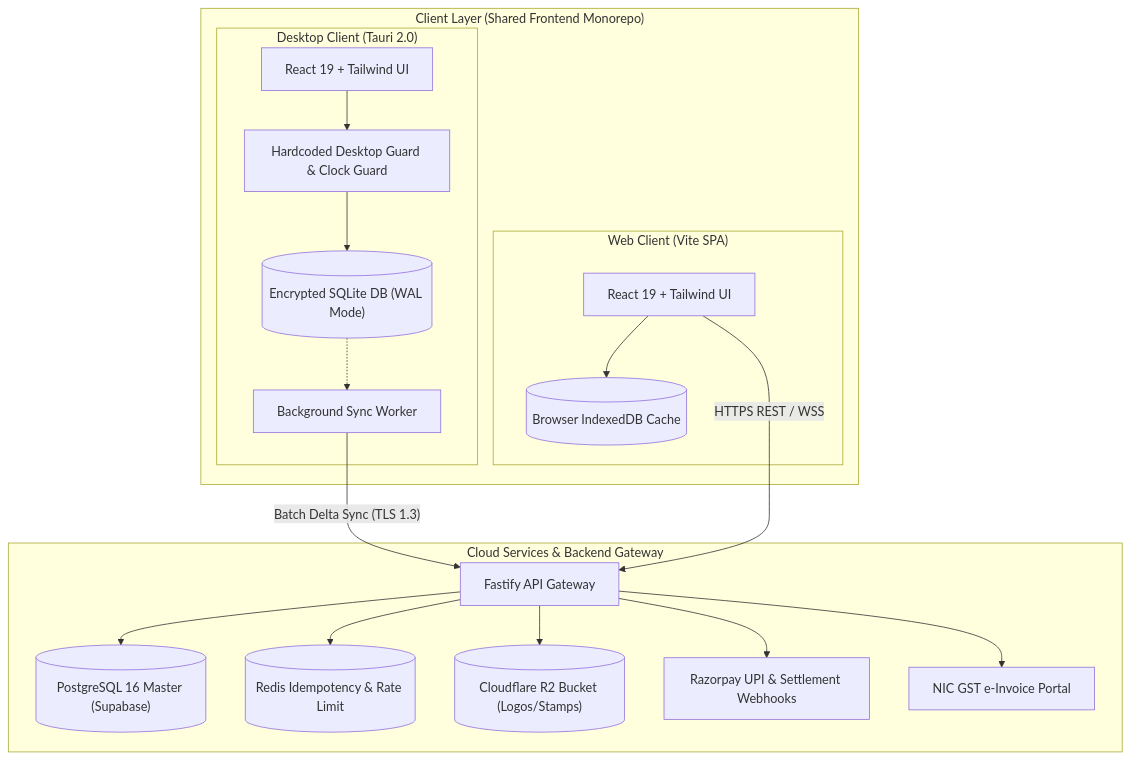
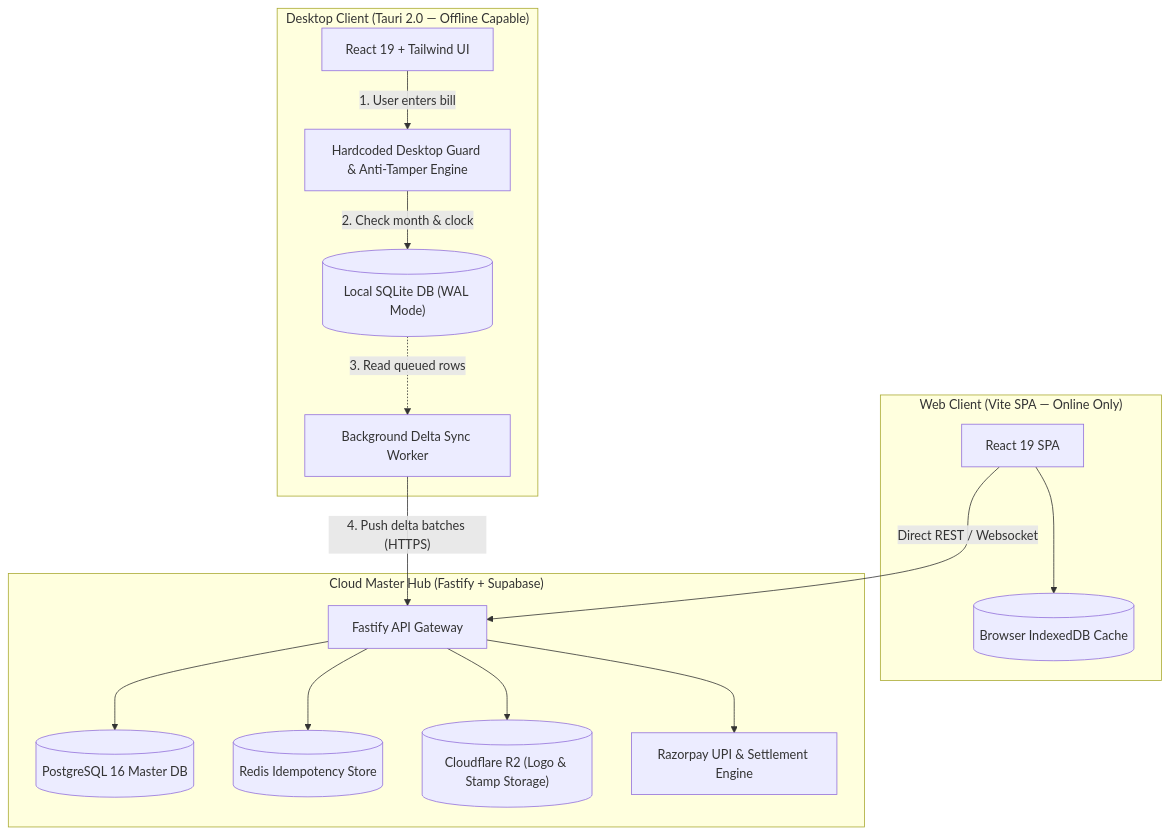
Before and after one commit to MStech206/billpulse-pro: the first of 2 diagrams in README.md, drawn with Mermaid. The commit also changed other lines of this file, not shown here.

Commit message:
docs: rewrite architecture design document in pragmatic engineering format

````diff
--- a/README.md
+++ b/README.md
@@ -157,37 +126,34 @@
 ```mermaid
 flowchart TD
-    subgraph ClientLayer["Client Layer (Shared Frontend Monorepo)"]
-        subgraph DesktopApp["Desktop Client (Tauri 2.0)"]
-            DUI["React 19 + Tailwind UI"]
-            DGuard["Hardcoded Desktop Guard & Clock Guard"]
-            DSQLite[("Encrypted SQLite DB (WAL Mode)")]
-            DSyncWorker["Background Sync Worker"]
-            DUI --> DGuard
-            DGuard --> DSQLite
-            DSQLite -.-> DSyncWorker
-        end
+    subgraph DesktopClient["Desktop Client (Tauri 2.0 — Offline Capable)"]
+        UI["React 19 + Tailwind UI"]
+        Guard["Hardcoded Desktop Guard & Anti-Tamper Engine"]
+        SQLite[("Local SQLite DB (WAL Mode)")]
+        SyncWorker["Background Delta Sync Worker"]
 
-        subgraph WebApp["Web Client (Vite SPA)"]
-            WUI["React 19 + Tailwind UI"]
-            WCache[("Browser IndexedDB Cache")]
-            WUI --> WCache
-        end
+        UI -->|"1. User enters bill"| Guard
+        Guard -->|"2. Check month & clock"| SQLite
+        SQLite -.->|"3. Read queued rows"| SyncWorker
     end
 
-    subgraph CloudLayer["Cloud Services & Backend Gateway"]
-        Gateway["Fastify API Gateway"]
-        PGMaster[("PostgreSQL 16 Master (Supabase)")]
-        RedisQueue[("Redis Idempotency & Rate Limit")]
-        R2Storage[("Cloudflare R2 Bucket (Logos/Stamps)")]
-        RazorpayEngine["Razorpay UPI & Settlement Webhooks"]
-        GSTEInvoice["NIC GST e-Invoice Portal"]
+    subgraph WebClient["Web Client (Vite SPA — Online Only)"]
+        WebUI["React 19 SPA"]
+        BrowserCache[("Browser IndexedDB Cache")]
+        WebUI --> BrowserCache
     end
 
-    DSyncWorker -->|"Batch Delta Sync (TLS 1.3)"| Gateway
-    WUI -->|"HTTPS REST / WSS"| Gateway
-    Gateway --> PGMaster
-    Gateway --> RedisQueue
-    Gateway --> R2Storage
-    Gateway --> RazorpayEngine
-    Gateway --> GSTEInvoice
+    subgraph CloudBackend["Cloud Master Hub (Fastify + Supabase)"]
+        API["Fastify API Gateway"]
+        PG[("PostgreSQL 16 Master DB")]
+        RedisQueue[("Redis Idempotency Store")]
+        R2[("Cloudflare R2 (Logo & Stamp Storage)")]
+        Gateway["Razorpay UPI & Settlement Engine"]
+
+        SyncWorker -->|"4. Push delta batches (HTTPS)"| API
+        WebUI -->|"Direct REST / Websocket"| API
+        API --> PG
+        API --> RedisQueue
+        API --> R2
+        API --> Gateway
+    end
 ```
````
